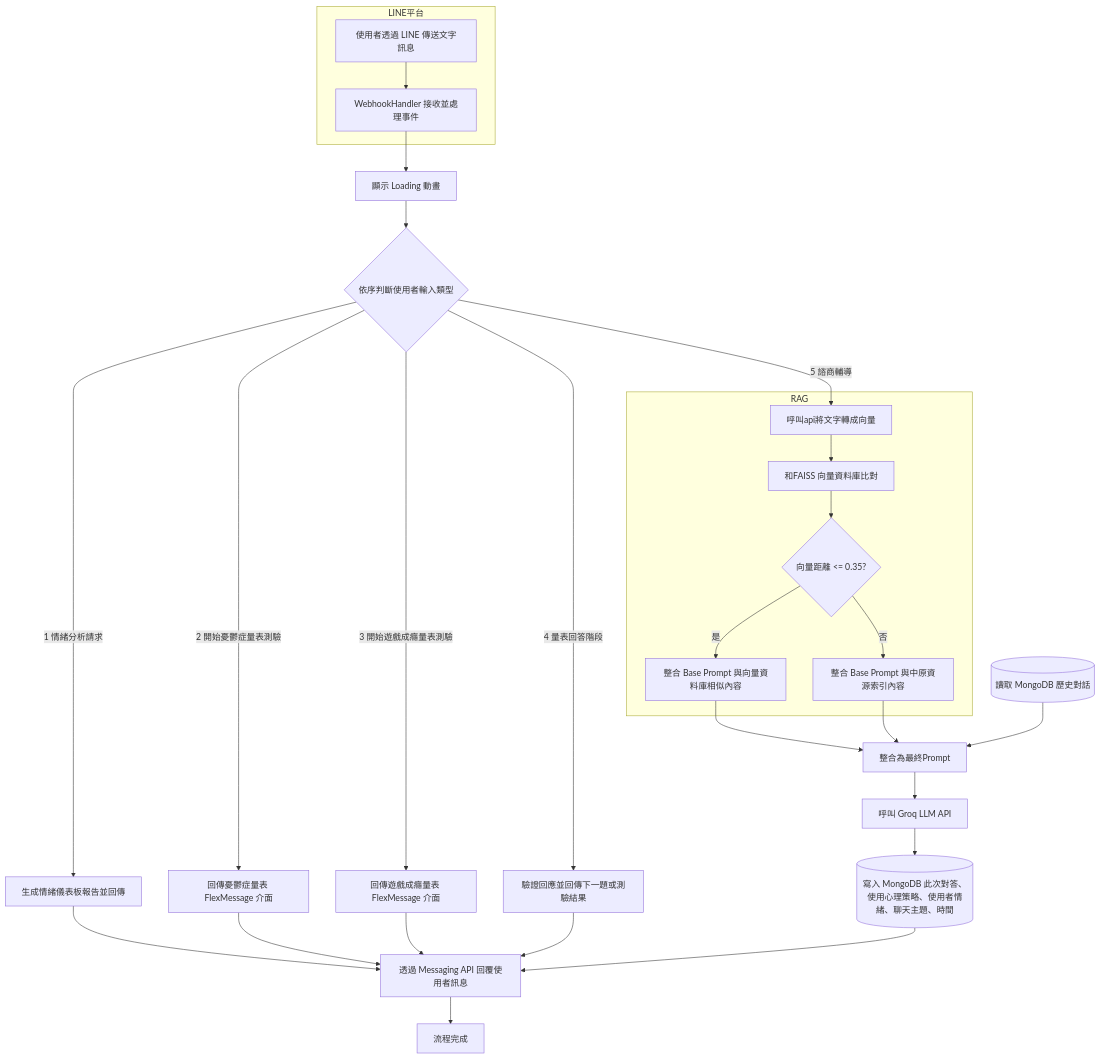
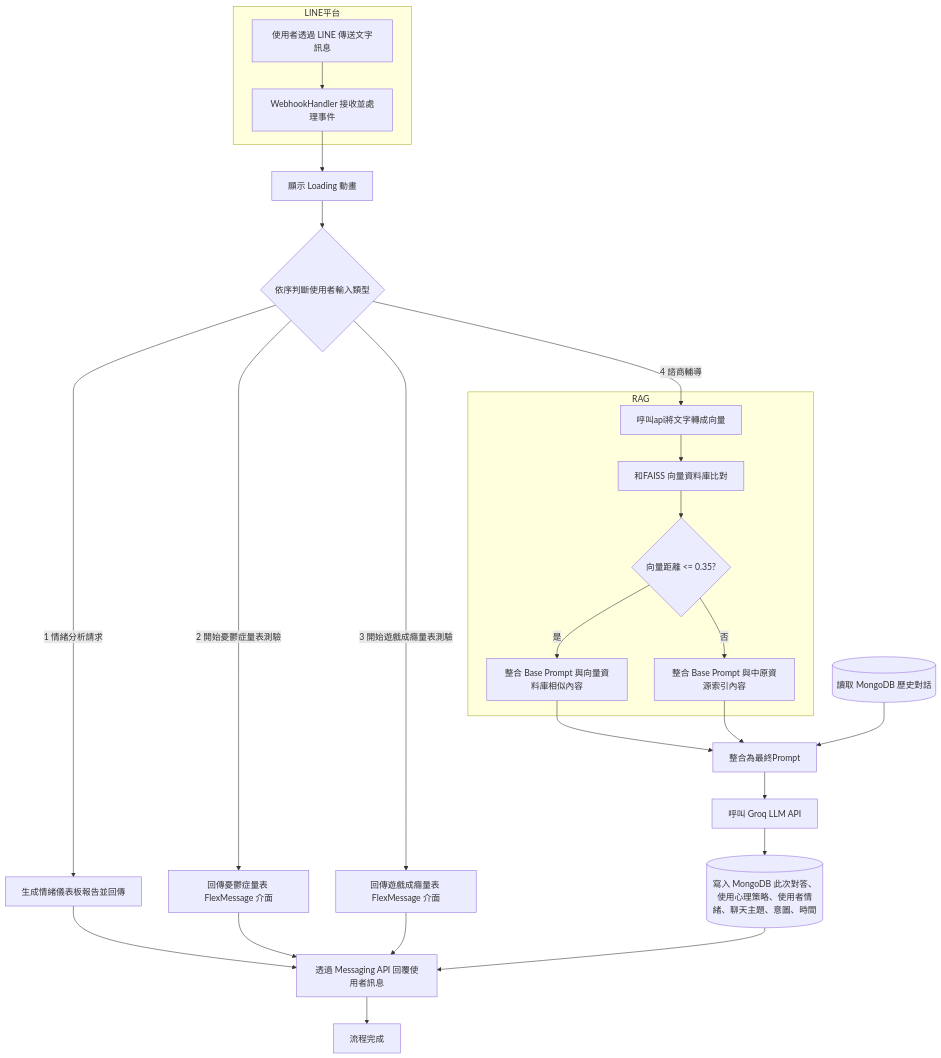
The diagram in README.md (aurorajojo/line_app), drawn with Mermaid before and after one commit. The commit also changed other lines of this file and 5 other files, not shown here.

````diff
--- a/README.md
+++ b/README.md
@@ -12,48 +12,45 @@
 ```mermaid
 flowchart TD
     subgraph LINE平台
         A[使用者透過 LINE 傳送文字訊息] --> B[WebhookHandler 接收並處理事件]
     end
 
     B --> C[顯示 Loading 動畫]
 
     C --> D{依序判斷使用者輸入類型}
 
     D -->|1 情緒分析請求| E[生成情緒儀表板報告並回傳]
     E --> O1
 
     D -->|2 開始憂鬱症量表測驗| F[回傳憂鬱症量表 FlexMessage 介面]
     F --> O1
 
     D -->|3 開始遊戲成癮量表測驗| G[回傳遊戲成癮量表 FlexMessage 介面]
     G --> O1
 
-    D -->|4 量表回答階段| H[驗證回應並回傳下一題或測驗結果]
-    H --> O1
-
-    D -->|5 諮商輔導| I[呼叫api將文字轉成向量]
+    D -->|4 諮商輔導| I[呼叫api將文字轉成向量]
 
     subgraph RAG
         I --> V1[和FAISS 向量資料庫比對]
         V1 --> Q{向量距離 <= 0.35?}
         Q -->|是| J[整合 Base Prompt 與向量資料庫相似內容]
         Q -->|否| R[整合 Base Prompt 與中原資源索引內容]
     end
 
     
     J --> X[整合為最終Prompt]
     R --> X
     MDB_Read --> X
 
     X --> L[呼叫 Groq LLM API]
     MDB_Read[( 讀取 MongoDB 歷史對話)]
-    MDB_Write[( 寫入 MongoDB 此次對答、使用心理策略、使用者情緒、聊天主題、時間)]
+    MDB_Write[( 寫入 MongoDB 此次對答、使用心理策略、使用者情緒、聊天主題、意圖、時間)]
 
 
     L --> MDB_Write
         
     
     MDB_Write --> O1
     O1[透過 Messaging API 回覆使用者訊息] --> Z[流程完成]
 
 ```
````
